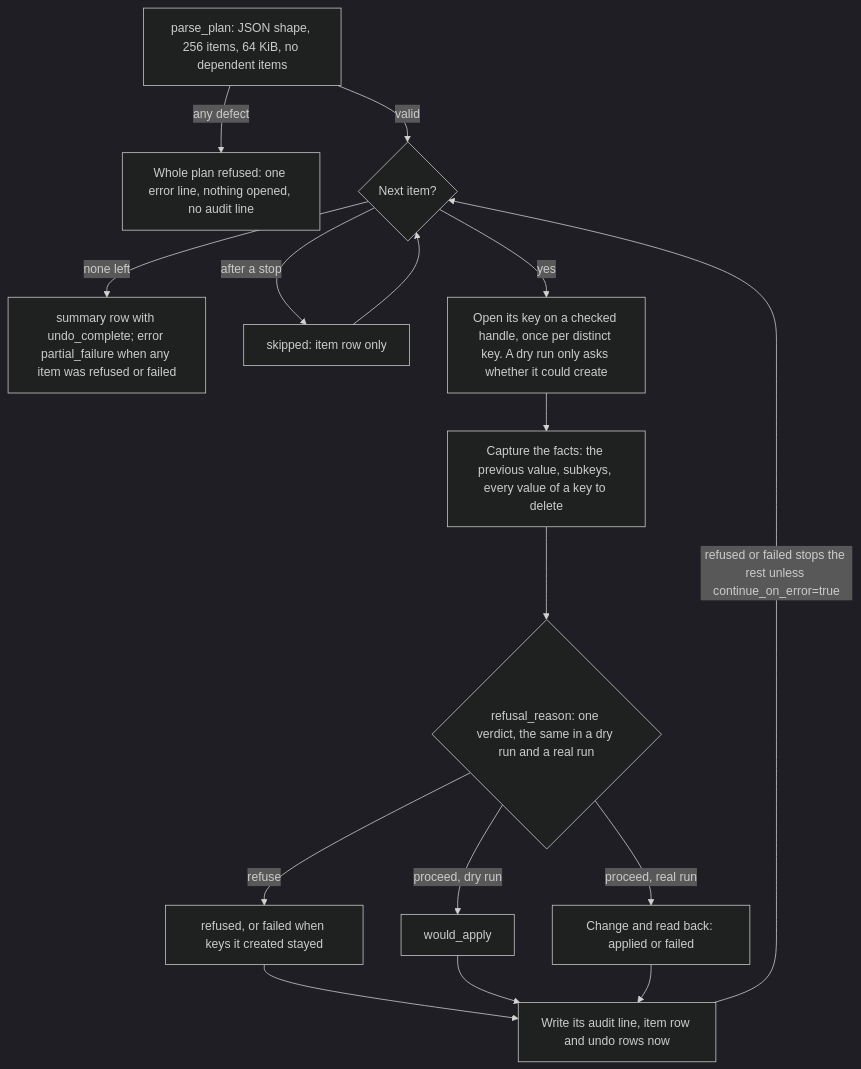
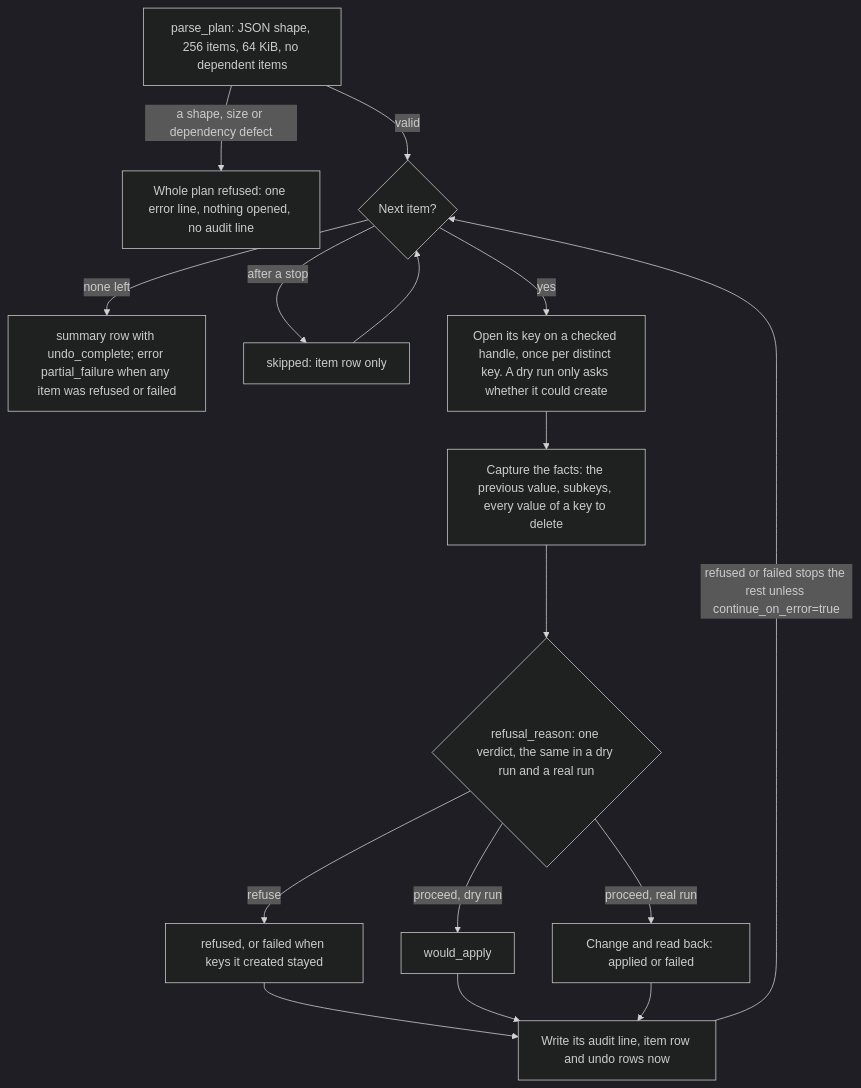
Before and after one commit to DevNullLtd/Yuzu: the fifth of 5 diagrams in agents/plugins/registry/README.md, drawn with Mermaid (dark theme). The commit also changed other lines of this file and 3 other files, not shown here.

````diff
--- a/agents/plugins/registry/README.md
+++ b/agents/plugins/registry/README.md
@@ -178,18 +178,18 @@
 ```mermaid
 flowchart TD
-  P["parse_plan: JSON shape, 256 items, 64 KiB, no dependent items"] -->|"any defect"| PX["Whole plan refused: one error line, nothing opened, no audit line"]
+  P["parse_plan: JSON shape, 256 items, 64 KiB, no dependent items"] -->|"a shape, size or dependency defect"| PX["Whole plan refused: one error line, nothing opened, no audit line"]
   P -->|"valid"| I{"Next item?"}
   I -->|"none left"| SM["summary row with undo_complete; error partial_failure when any item was refused or failed"]
   I -->|"after a stop"| SK["skipped: item row only"]
   SK --> I
   I -->|"yes"| O["Open its key on a checked handle, once per distinct key. A dry run only asks whether it could create"]
   O --> F["Capture the facts: the previous value, subkeys, every value of a key to delete"]
   F --> VD{"refusal_reason: one verdict, the same in a dry run and a real run"}
   VD -->|"refuse"| RF["refused, or failed when keys it created stayed"]
   VD -->|"proceed, dry run"| WA["would_apply"]
   VD -->|"proceed, real run"| MU["Change and read back: applied or failed"]
   RF --> ROW["Write its audit line, item row and undo rows now"]
   WA --> ROW
   MU --> ROW
   ROW -->|"refused or failed stops the rest unless continue_on_error=true"| I
 ```
````
